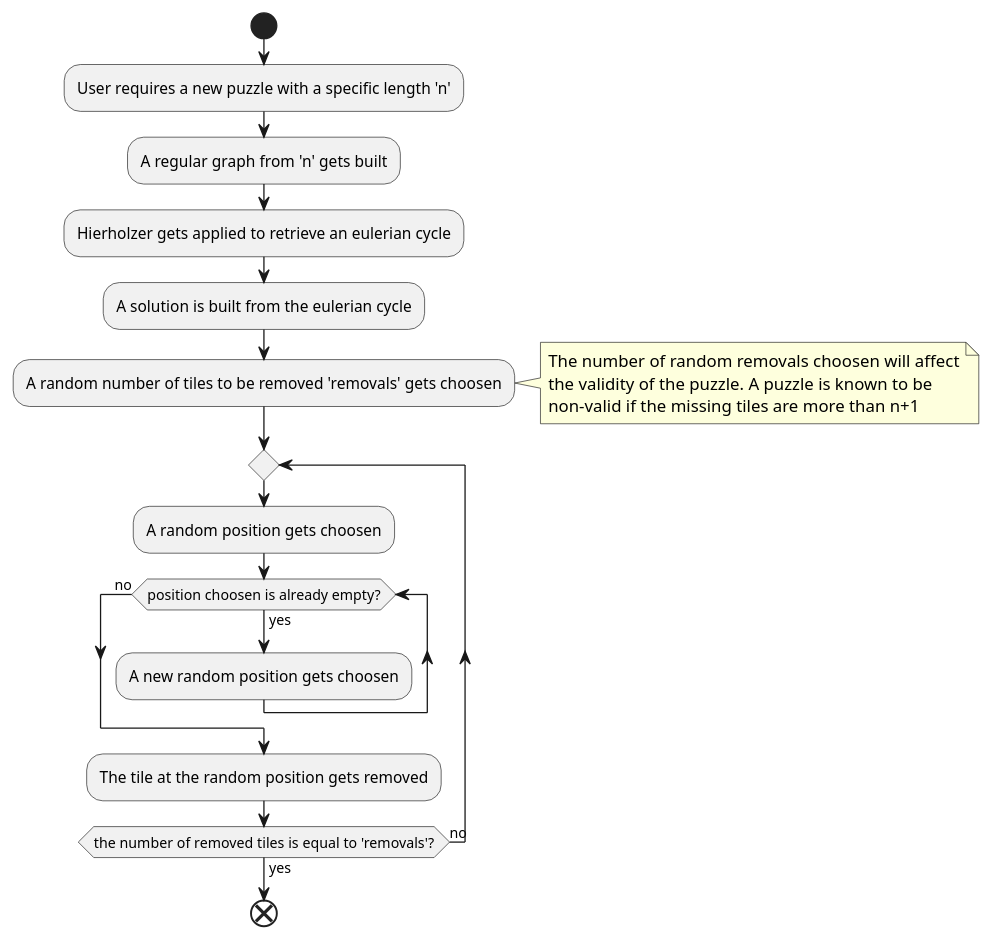
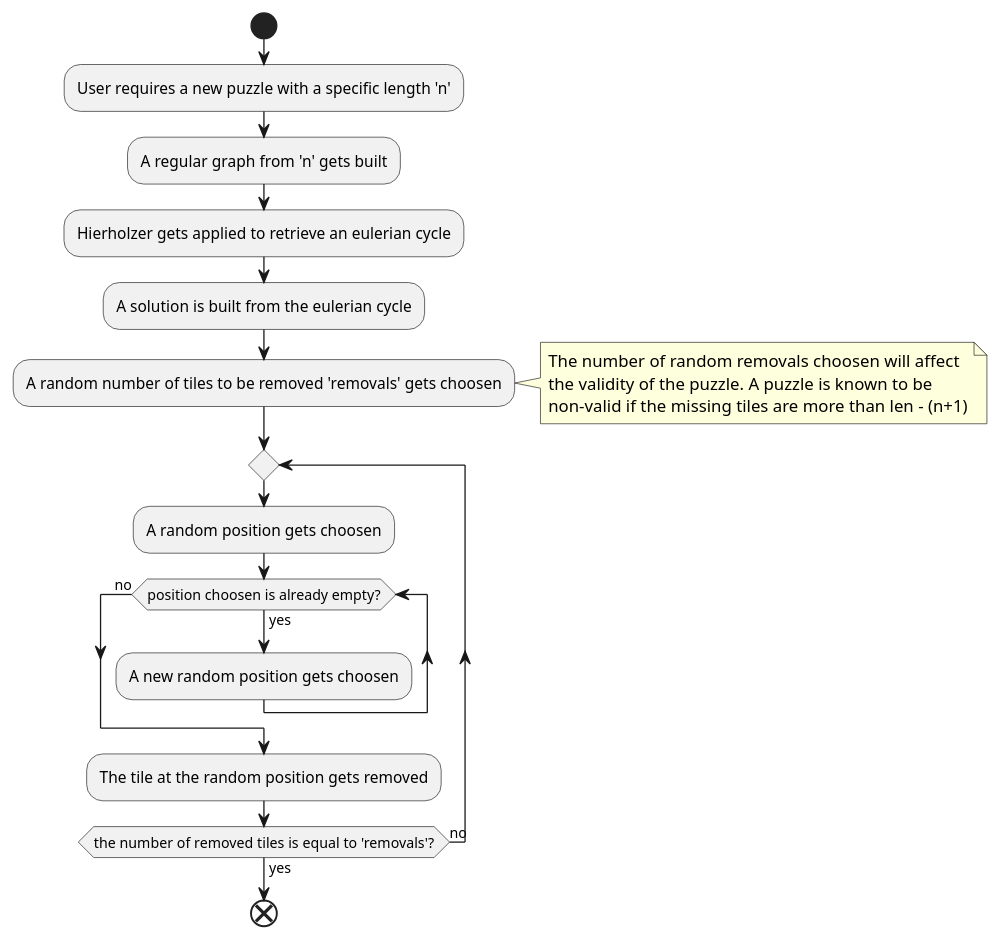
One commit to DominoOrg/domino-core changed the diagram in plant_uml/generate_activity.puml. Above: the diagram before and after it, drawn with PlantUML. The commit also changed 2 other files, not shown here.

```diff
--- a/plant_uml/generate_activity.puml
+++ b/plant_uml/generate_activity.puml
@@ -1,21 +1,21 @@
 @startuml generate_activity
 start
 :User requires a new puzzle with a specific length 'n';
 :A regular graph from 'n' gets built;
 :Hierholzer gets applied to retrieve an eulerian cycle;
 :A solution is built from the eulerian cycle;
 :A random number of tiles to be removed 'removals' gets choosen;
 note right
 The number of random removals choosen will affect
 the validity of the puzzle. A puzzle is known to be
-non-valid if the missing tiles are more than n+1
+non-valid if the missing tiles are more than len - (n+1)
 end note
 repeat
     :A random position gets choosen;
     while (position choosen is already empty?) is (yes)
         :A new random position gets choosen;
     endwhile (no)
     :The tile at the random position gets removed;
 repeat while (the number of removed tiles is equal to 'removals'?) is (no) not (yes)
 end
 @enduml
```
